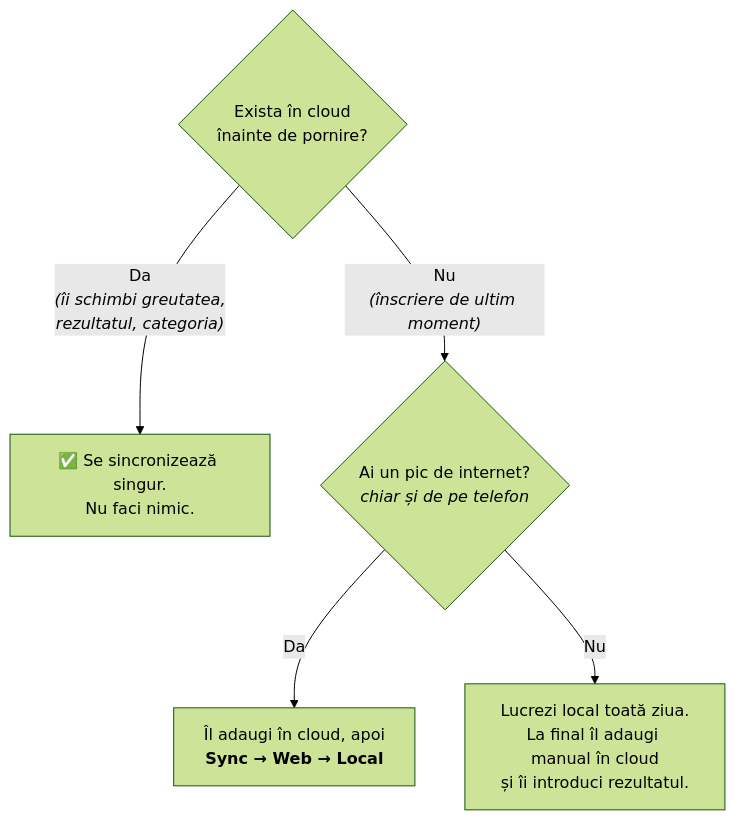
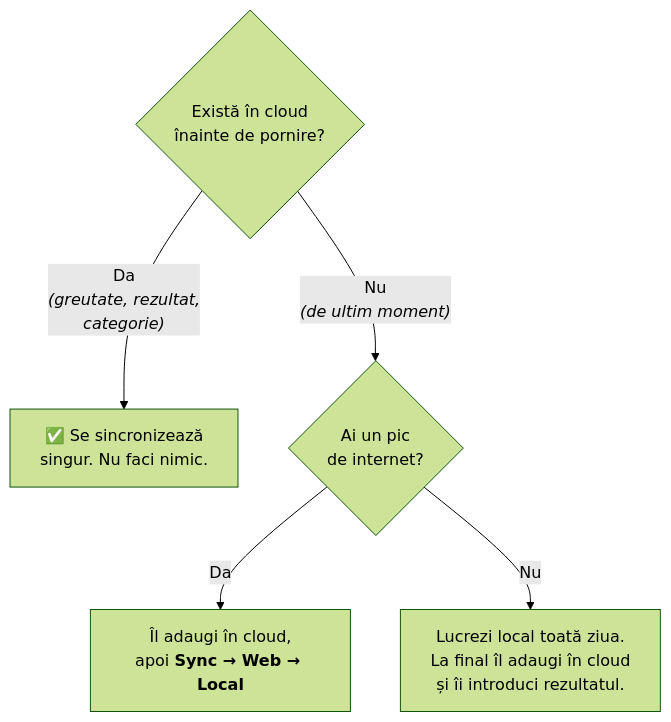
The third of 4 diagrams in docs/GHID_COMPETITIE_LOCALA.md (gabimolocea/vovinam-admin), drawn with Mermaid (forest theme) before and after one commit.

Commit message:
Narrow the decision diagram so it clears GitHub's zoom buttons
Diagrama cu sportivul nou iesea 708 px. Pe un ecran larg incapea, dar coloana
de continut a GitHub se ingusteaza odata cu fereastra, iar butoanele de zoom
stau fix peste coltul din dreapta: pe o fereastra sub ~1150 px, nodul din
dreapta jos intra sub ele si se pierde tocmai sfarsitul lui ("...si ii
introduci rezultatul").

Etichetele s-au scurtat - "(greutate, rezultat, categorie)" in loc de "(ii
schimbi greutatea, rezultatul, categoria)", "Ai un pic de internet?" fara
randul despre telefon, care oricum se repeta in textul de sub diagrama. 629 px
acum, cu loc de manevra. Si un nod scria "Exista" fara diacritica.

Celelalte trei erau deja inguste (328, 276, 276) si se vad intregi.

````diff
--- a/docs/GHID_COMPETITIE_LOCALA.md
+++ b/docs/GHID_COMPETITIE_LOCALA.md
@@ -123,8 +123,8 @@
 ```mermaid
 flowchart TD
-    A{"Exista în cloud<br/>înainte de pornire?"}
-    A -- "Da<br/><i>(îi schimbi greutatea,<br/>rezultatul, categoria)</i>" --> B["✅ Se sincronizează singur.<br/>Nu faci nimic."]
-    A -- "Nu<br/><i>(înscriere de ultim moment)</i>" --> C{"Ai un pic de internet?<br/><i>chiar și de pe telefon</i>"}
-    C -- Da --> D["Îl adaugi în cloud, apoi<br/><b>Sync → Web → Local</b>"]
-    C -- Nu --> E["Lucrezi local toată ziua.<br/>La final îl adaugi manual în cloud<br/>și îi introduci rezultatul."]
+    A{"Există în cloud<br/>înainte de pornire?"}
+    A -- "Da<br/><i>(greutate, rezultat,<br/>categorie)</i>" --> B["✅ Se sincronizează<br/>singur. Nu faci nimic."]
+    A -- "Nu<br/><i>(de ultim moment)</i>" --> C{"Ai un pic<br/>de internet?"}
+    C -- Da --> D["Îl adaugi în cloud,<br/>apoi <b>Sync → Web → Local</b>"]
+    C -- Nu --> E["Lucrezi local toată ziua.<br/>La final îl adaugi în cloud<br/>și îi introduci rezultatul."]
 ```
````
